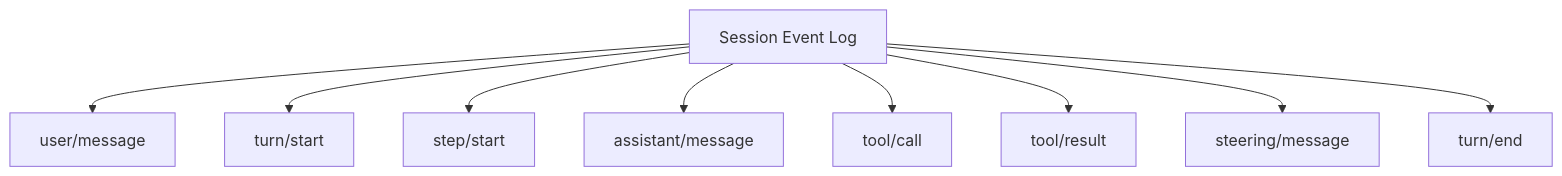
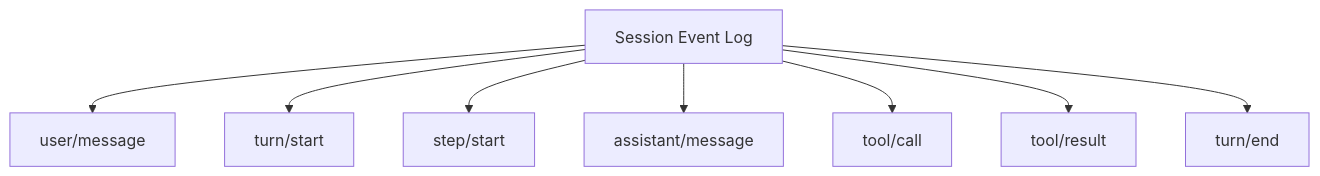
Before and after one commit to indigofeather/harness-book: the first of 5 diagrams in docs/deepseek/session-and-events.md, drawn with Mermaid. The commit also changed other lines of this file and 48 other files, not shown here.

````diff
--- a/docs/deepseek/session-and-events.md
+++ b/docs/deepseek/session-and-events.md
@@ -39,12 +26,11 @@
 ```mermaid
 flowchart TB
   S[Session Event Log]
   S --> U[user/message]
   S --> TS[turn/start]
   S --> SS[step/start]
   S --> A[assistant/message]
   S --> TC[tool/call]
   S --> TR[tool/result]
-  S --> ST[steering/message]
   S --> TE[turn/end]
 ```
````
